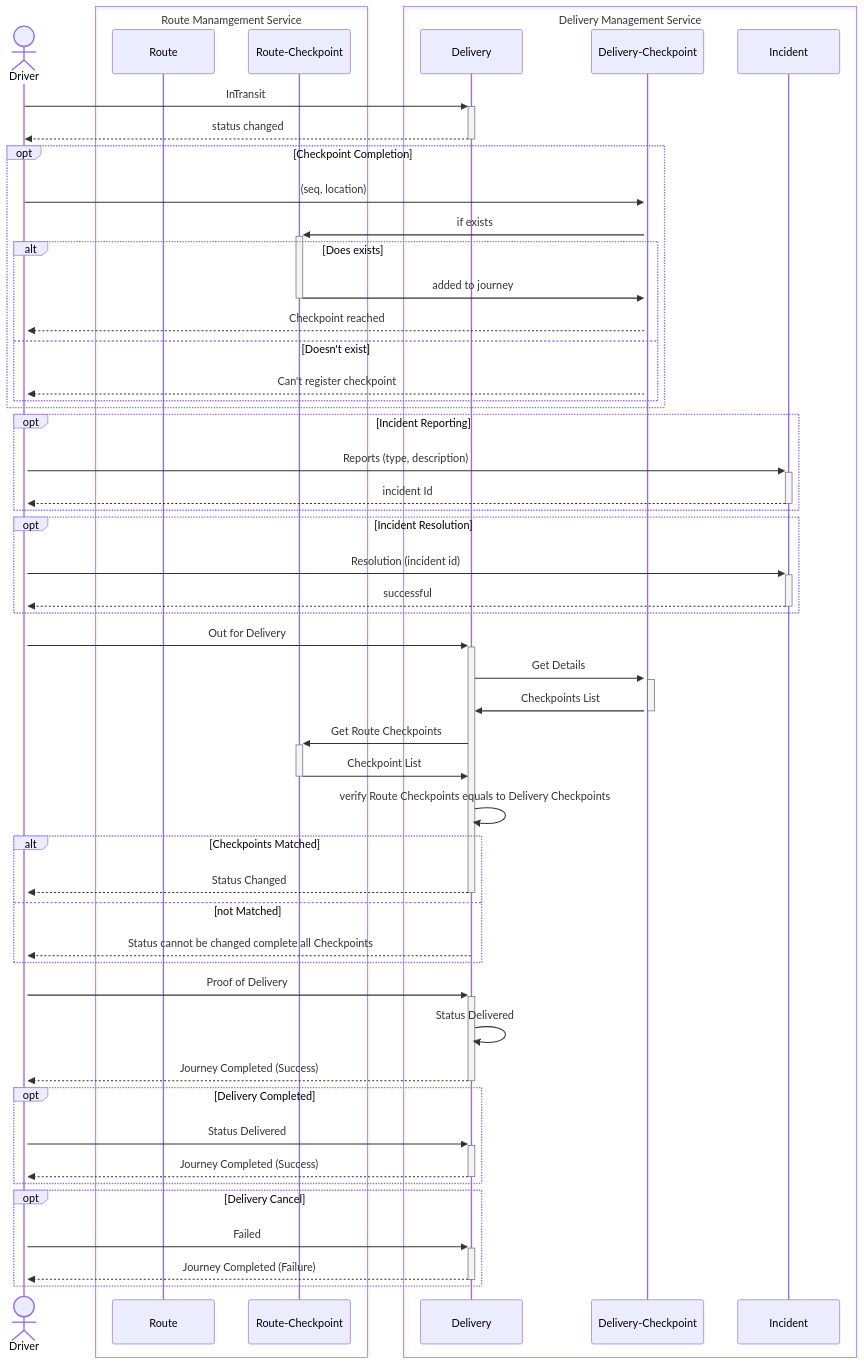
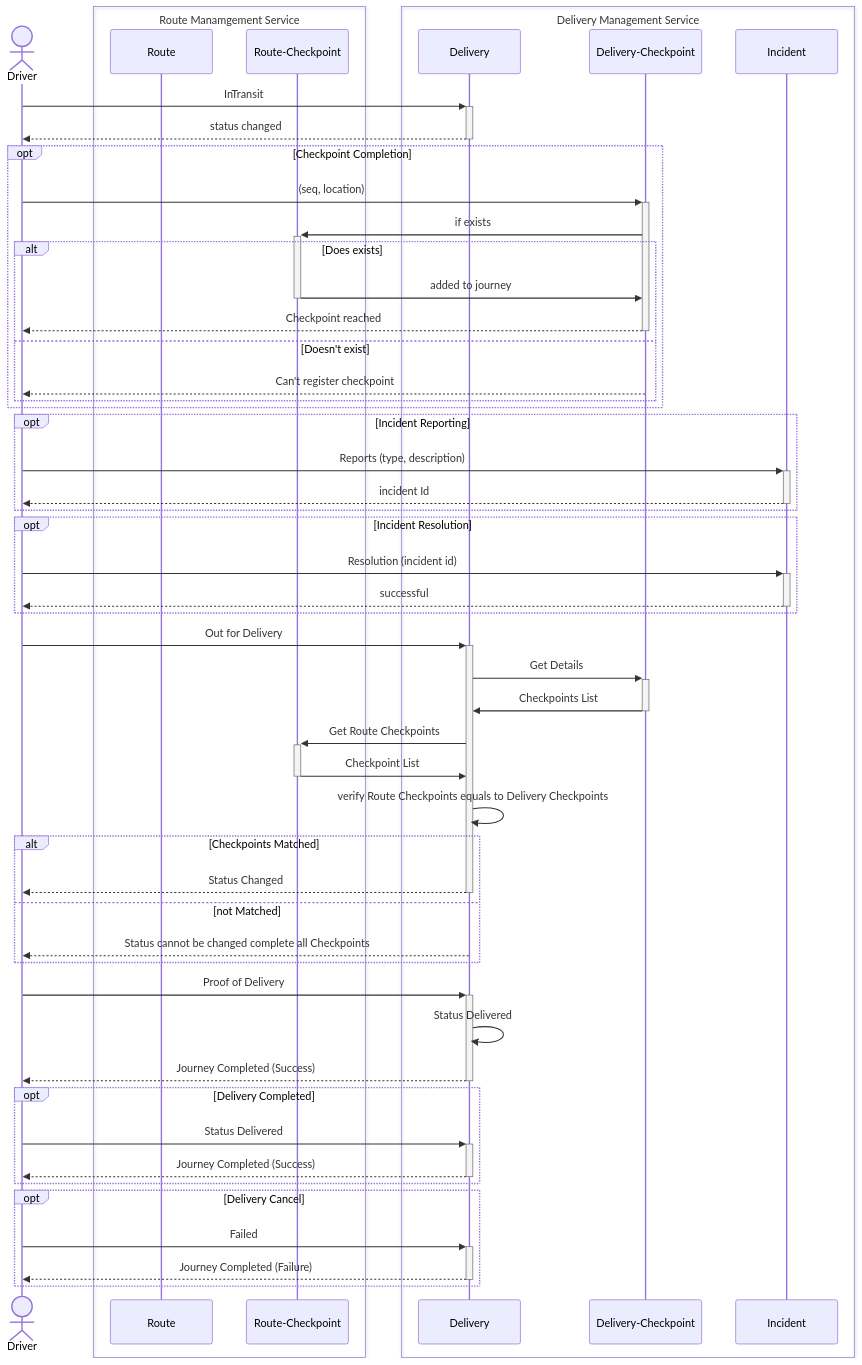
Before and after one commit to muhammadadyl/Eroad: the third of 3 diagrams in README.md, drawn with Mermaid. The commit also changed other lines of this file, not shown here.

Commit message:
doc(README.md): :memo: updated

````diff
--- a/README.md
+++ b/README.md
@@ -166,62 +167,62 @@
 ```mermaid
 sequenceDiagram
     actor Driver
     
     box Route Manamgement Service
     participant Route
     participant Route-Checkpoint 
     end
 
     box Delivery Management Service
     participant Delivery
     participant Delivery-Checkpoint
     participant Incident
     end
 
     Driver->>+Delivery: InTransit
     Delivery-->>-Driver: status changed
     opt Checkpoint Completion
         Driver->>+Delivery-Checkpoint: (seq, location)
         Delivery-Checkpoint->>+Route-Checkpoint: if exists
         alt Does exists
             Route-Checkpoint->>-Delivery-Checkpoint: added to journey
-            Delivery-Checkpoint-->>+Driver: Checkpoint reached
+            Delivery-Checkpoint-->>-Driver: Checkpoint reached
         else Doesn't exist
             Delivery-Checkpoint-->>Driver: Can't register checkpoint
         end
     end
     opt Incident Reporting
         Driver->>+Incident: Reports (type, description)
         Incident-->>-Driver: incident Id
     end
 
     opt Incident Resolution
         Driver->>+Incident: Resolution (incident id)
         Incident-->>-Driver: successful
     end
 
     Driver->>+Delivery: Out for Delivery
     Delivery->>+Delivery-Checkpoint: Get Details
     Delivery-Checkpoint->>-Delivery: Checkpoints List
     Delivery->>+Route-Checkpoint: Get Route Checkpoints
     Route-Checkpoint->>-Delivery: Checkpoint List
     Delivery->>Delivery: verify Route Checkpoints equals to Delivery Checkpoints
     alt Checkpoints Matched
         Delivery-->>-Driver: Status Changed
     else not Matched
         Delivery-->>Driver: Status cannot be changed complete all Checkpoints
     end
 
     Driver->>+Delivery: Proof of Delivery
     Delivery->>Delivery: Status Delivered
     Delivery-->>-Driver: Journey Completed (Success)
 
     opt Delivery Completed
         Driver->>+Delivery: Status Delivered
         Delivery-->>-Driver: Journey Completed (Success)
     end
     opt Delivery Cancel
         Driver->>+Delivery: Failed
         Delivery-->>-Driver: Journey Completed (Failure)
     end
 ```
````
